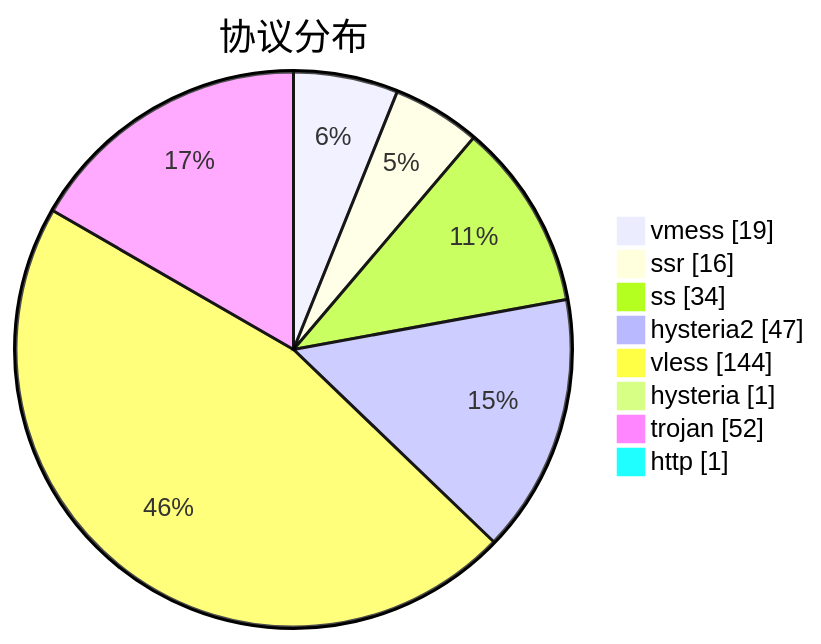
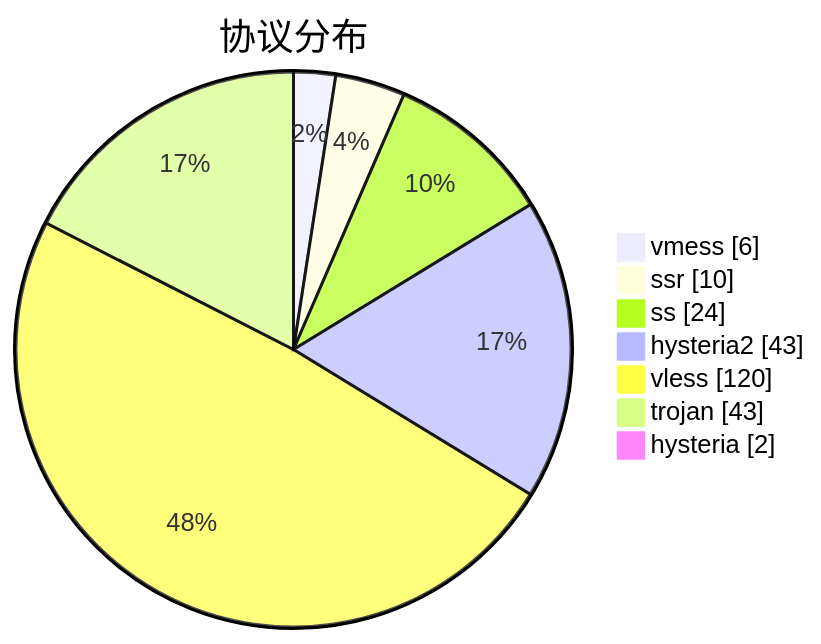
The third of 3 diagrams in subs/statistics/tested_within.md (sinspired/airport), drawn with Mermaid before and after one commit. The commit also changed other lines of this file and 2 other files, not shown here.

````diff
--- a/subs/statistics/tested_within.md
+++ b/subs/statistics/tested_within.md
@@ -48,12 +40,11 @@
 ```mermaid
 pie showData
 title 协议分布
-"vmess" : 19
-"ssr" : 16
-"ss" : 34
-"hysteria2" : 47
-"vless" : 144
-"hysteria" : 1
-"trojan" : 52
-"http" : 1
+"vmess" : 6
+"ssr" : 10
+"ss" : 24
+"hysteria2" : 43
+"vless" : 120
+"trojan" : 43
+"hysteria" : 2
 ```
````
